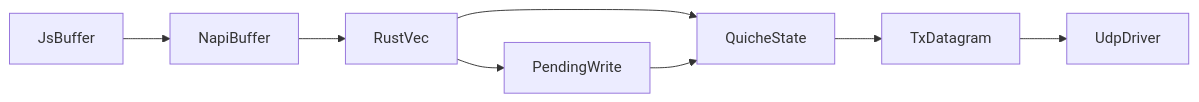
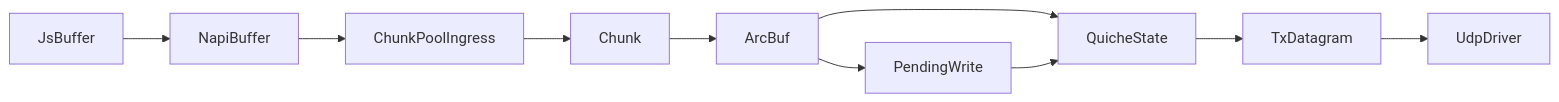
One commit to currentspace/http3 changed the diagram in docs/NATIVE_WRITE_LEASE_RESEARCH.md. Above: the diagram before and after it, drawn with Mermaid. The commit also changed other lines of this file and 95 other files, not shown here.

````diff
--- a/docs/NATIVE_WRITE_LEASE_RESEARCH.md
+++ b/docs/NATIVE_WRITE_LEASE_RESEARCH.md
@@ -110,18 +125,22 @@
 ```mermaid
 flowchart LR
   jsBuffer[JsBuffer]
   napiBuffer[NapiBuffer]
-  rustVec[RustVec]
+  chunkPool[ChunkPoolIngress]
+  chunk[Chunk]
+  arcBuf[ArcBuf]
   pendingWrite[PendingWrite]
   quicheState[QuicheState]
   txPacket[TxDatagram]
   driver[UdpDriver]
 
   jsBuffer --> napiBuffer
-  napiBuffer --> rustVec
-  rustVec --> pendingWrite
-  rustVec --> quicheState
+  napiBuffer --> chunkPool
+  chunkPool --> chunk
+  chunk --> arcBuf
+  arcBuf --> pendingWrite
+  arcBuf --> quicheState
   pendingWrite --> quicheState
   quicheState --> txPacket
   txPacket --> driver
 ```
````
